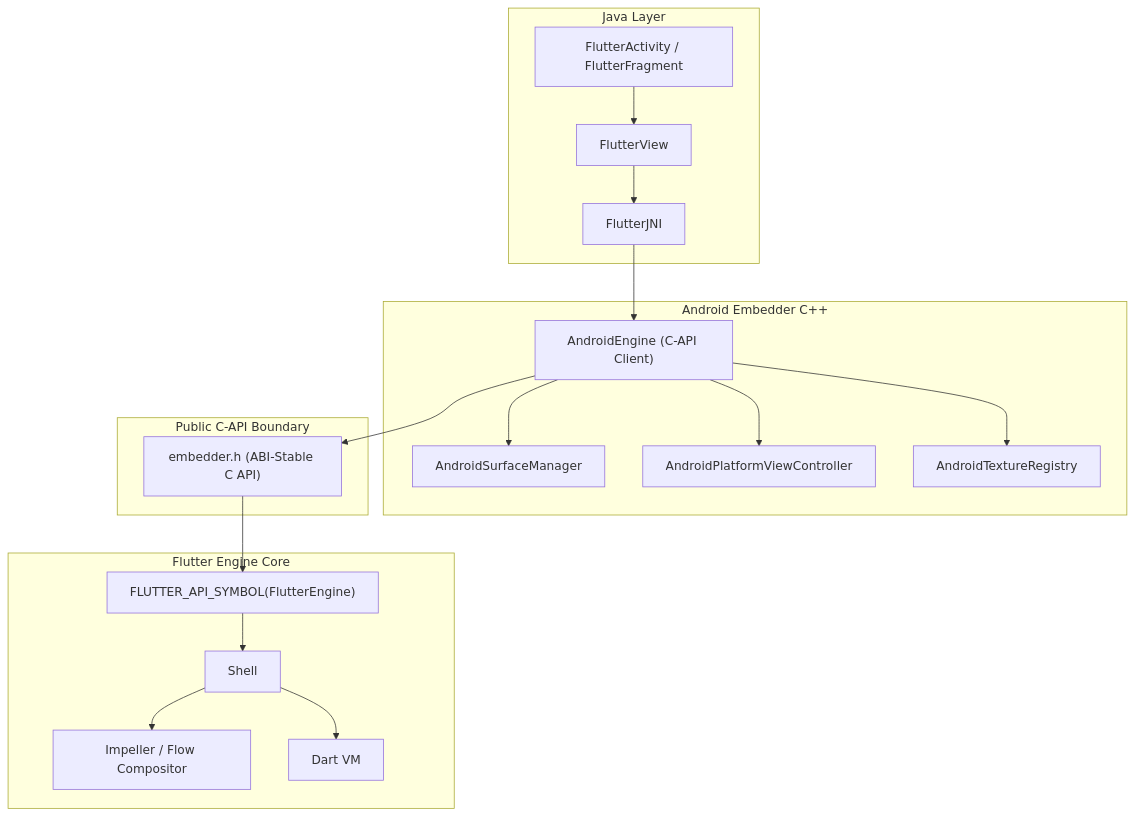
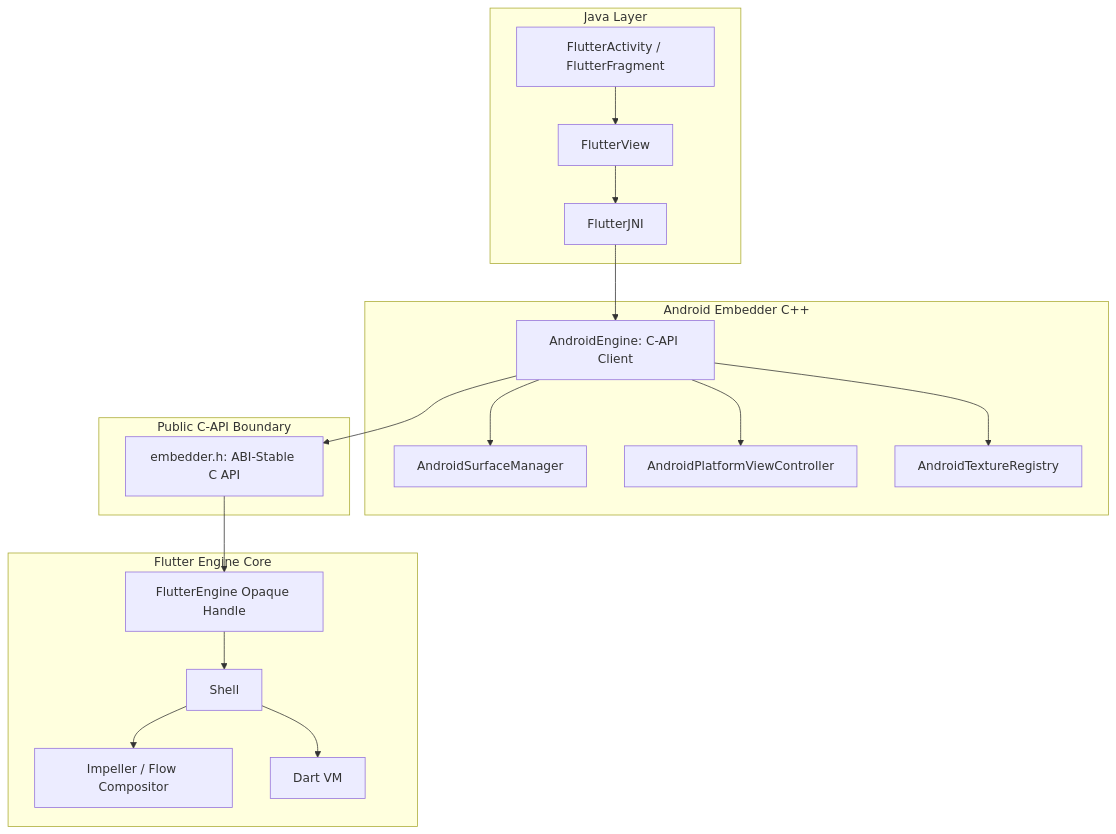
The fifth of 12 diagrams in rfc/410.0000-flutter-android-embedder-c-api-migration.md (mboetger/rfc), drawn with Mermaid before and after one commit. The commit also changed other lines of this file, not shown here.

Commit message:
docs(rfc): remove parentheses from mermaid diagrams to ensure robust rendering

````diff
--- a/rfc/410.0000-flutter-android-embedder-c-api-migration.md
+++ b/rfc/410.0000-flutter-android-embedder-c-api-migration.md
@@ -1147,38 +1147,38 @@
 ```mermaid
 flowchart TD
     subgraph Java Layer
         Activity["FlutterActivity / FlutterFragment"]
         FlutterView["FlutterView"]
         FlutterJNI["FlutterJNI"]
     end
 
     subgraph Android Embedder C++
-        AndroidEngine["AndroidEngine (C-API Client)"]
+        AndroidEngine["AndroidEngine: C-API Client"]
         SurfaceManager["AndroidSurfaceManager"]
         PlatformViews["AndroidPlatformViewController"]
         Textures["AndroidTextureRegistry"]
     end
 
     subgraph Public C-API Boundary
-        EmbedderH["embedder.h (ABI-Stable C API)"]
+        EmbedderH["embedder.h: ABI-Stable C API"]
     end
 
     subgraph Flutter Engine Core
-        FlutterEngineOpaque["FLUTTER_API_SYMBOL(FlutterEngine)"]
+        FlutterEngineOpaque["FlutterEngine Opaque Handle"]
         Shell["Shell"]
         ImpellerFlow["Impeller / Flow Compositor"]
         DartVM["Dart VM"]
     end
 
     Activity --> FlutterView
     FlutterView --> FlutterJNI
     FlutterJNI --> AndroidEngine
     AndroidEngine --> SurfaceManager
     AndroidEngine --> PlatformViews
     AndroidEngine --> Textures
     AndroidEngine --> EmbedderH
     EmbedderH --> FlutterEngineOpaque
     FlutterEngineOpaque --> Shell
     Shell --> ImpellerFlow
     Shell --> DartVM
 ```
````
